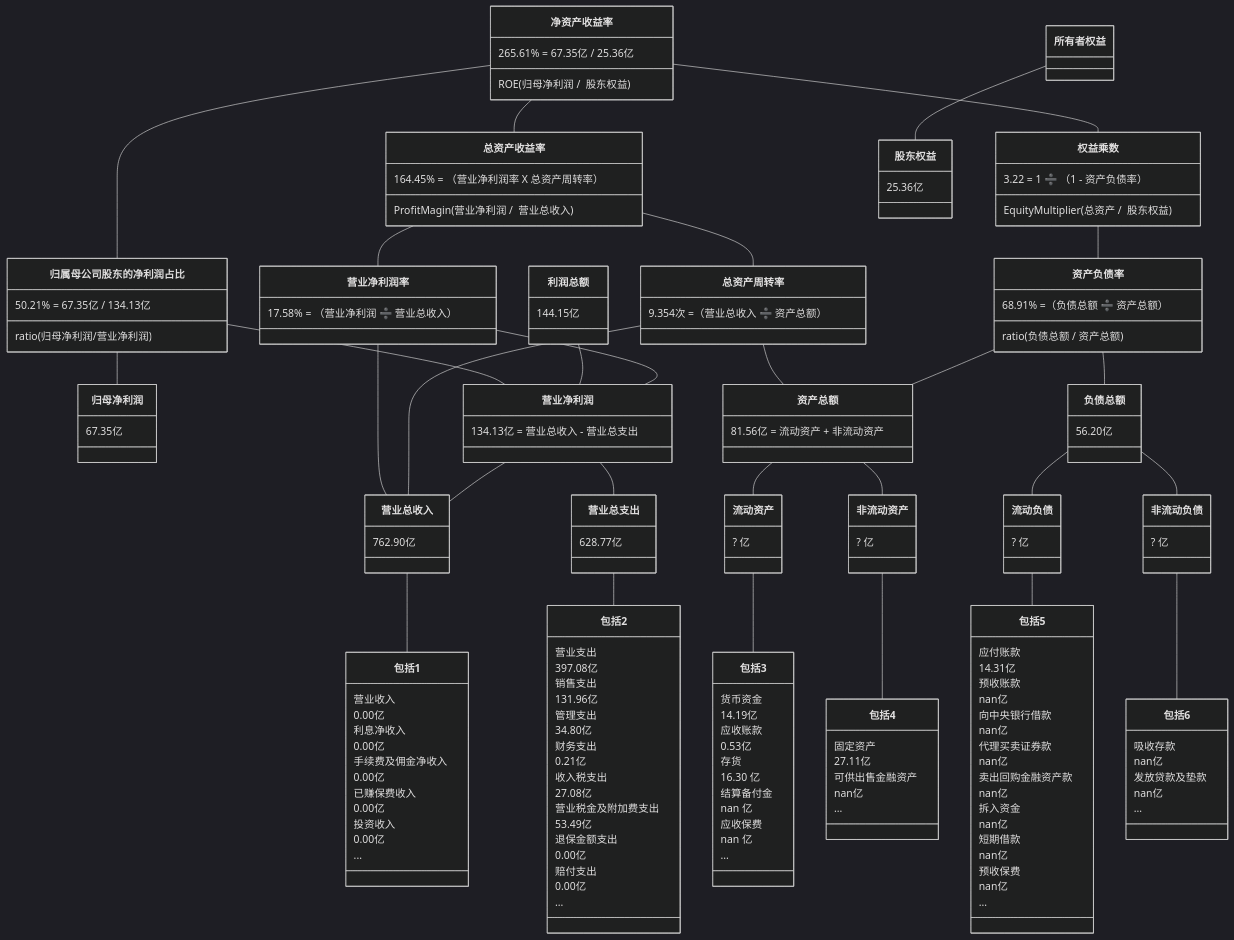
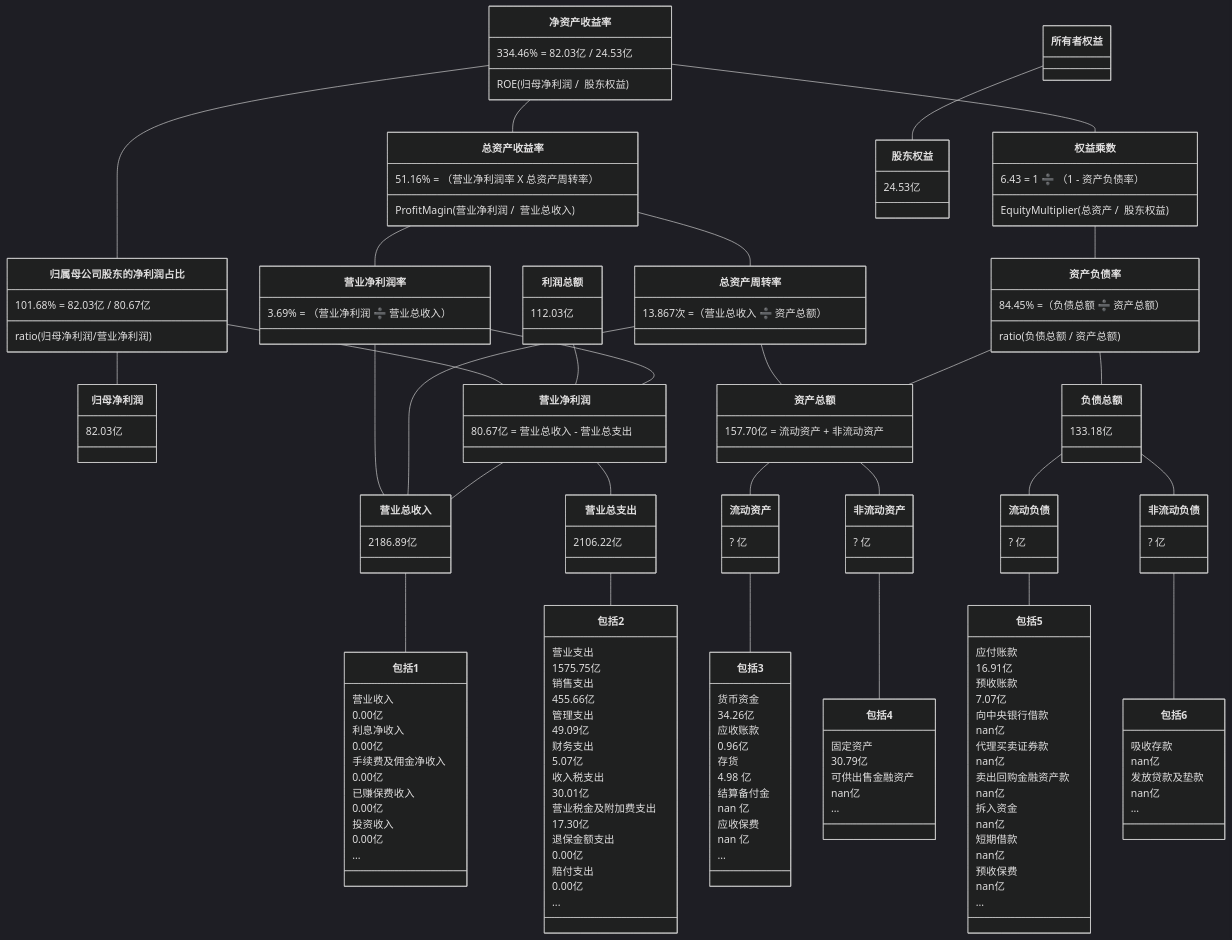
One commit to TheVeryDarkness/cs410 changed the seventh of 10 diagrams in 2/2.md. Above: the diagram before and after it, drawn with Mermaid (dark theme). The commit also changed other lines of this file and 53 other files, not shown here.

````diff
--- a/2/2.md
+++ b/2/2.md
@@ -981,45 +1065,45 @@
 ```mermaid
 classDiagram
 净资产收益率 -- 总资产收益率
-    净资产收益率 : 265.61% = 67.35亿 / 25.36亿
+    净资产收益率 : 334.46% = 82.03亿 / 24.53亿
     净资产收益率 : ROE(归母净利润 /  股东权益)
-    总资产收益率 : 164.45% = （营业净利润率 X 总资产周转率）
+    总资产收益率 : 51.16% = （营业净利润率 X 总资产周转率）
     总资产收益率 : ProfitMagin(营业净利润 /  营业总收入)
 净资产收益率 -- 归属母公司股东的净利润占比
-	  归属母公司股东的净利润占比 : 50.21% = 67.35亿 / 134.13亿
+	  归属母公司股东的净利润占比 : 101.68% = 82.03亿 / 80.67亿
 	  归属母公司股东的净利润占比 : ratio(归母净利润/营业净利润)
 归属母公司股东的净利润占比 -- 归母净利润
-    归母净利润 : 67.35亿
+    归母净利润 : 82.03亿
 归属母公司股东的净利润占比 -- 营业净利润
-利润总额 : 144.15亿
+利润总额 : 112.03亿
 利润总额 -- 营业净利润
 净资产收益率 -- 权益乘数
-    权益乘数 : 3.22 = 1 ➗ （1 - 资产负债率）
+    权益乘数 : 6.43 = 1 ➗ （1 - 资产负债率）
     权益乘数 : EquityMultiplier(总资产 /  股东权益)
 
 总资产收益率 -- 营业净利润率
-    营业净利润率 : 17.58% = （营业净利润 ➗ 营业总收入）
+    营业净利润率 : 3.69% = （营业净利润 ➗ 营业总收入）
 总资产收益率 -- 总资产周转率
-    总资产周转率 : 9.354次 =（营业总收入 ➗ 资产总额）
+    总资产周转率 : 13.867次 =（营业总收入 ➗ 资产总额）
 权益乘数 -- 资产负债率
-    资产负债率  : 68.91% =（负债总额 ➗ 资产总额）
+    资产负债率  : 84.45% =（负债总额 ➗ 资产总额）
     资产负债率  : ratio(负债总额 / 资产总额)
 
 营业净利润率 -- 营业净利润
-    营业净利润 : 134.13亿 = 营业总收入 - 营业总支出
+    营业净利润 : 80.67亿 = 营业总收入 - 营业总支出
 营业净利润率 -- 营业总收入
 总资产周转率 -- 营业总收入
 总资产周转率 -- 资产总额
-    资产总额 : 81.56亿 = 流动资产 + 非流动资产
+    资产总额 : 157.70亿 = 流动资产 + 非流动资产
 资产负债率 -- 负债总额
-    负债总额 : 56.20亿
+    负债总额 : 133.18亿
 资产负债率 -- 资产总额
 
 
 营业净利润 -- 营业总收入
-    营业总收入 : 762.90亿
+    营业总收入 : 2186.89亿
 营业净利润 -- 营业总支出
-    营业总支出 : 628.77亿
+    营业总支出 : 2106.22亿
 资产总额 -- 流动资产
 	  流动资产 : ? 亿
 资产总额 -- 非流动资产
@@ -1043,17 +1127,17 @@
     包括1 : ...
 营业总支出 -- 包括2
     包括2 : 营业支出
-    包括2 : 397.08亿
+    包括2 : 1575.75亿
     包括2 : 销售支出
-    包括2 : 131.96亿
+    包括2 : 455.66亿
     包括2 : 管理支出
-    包括2 : 34.80亿
+    包括2 : 49.09亿
     包括2 : 财务支出
-    包括2 : 0.21亿
+    包括2 : 5.07亿
     包括2 : 收入税支出
-    包括2 : 27.08亿
+    包括2 : 30.01亿
     包括2 : 营业税金及附加费支出
-    包括2 : 53.49亿
+    包括2 : 17.30亿
     包括2 : 退保金额支出
     包括2 : 0.00亿
     包括2 : 赔付支出
@@ -1061,11 +1145,11 @@
     包括2 : ...
 流动资产 -- 包括3
     包括3 : 货币资金
-    包括3 : 14.19亿
+    包括3 : 34.26亿
     包括3 : 应收账款
-    包括3 : 0.53亿
+    包括3 : 0.96亿
     包括3 : 存货
-    包括3 : 16.30 亿
+    包括3 : 4.98 亿
     包括3 : 结算备付金
     包括3 : nan 亿
     包括3 : 应收保费
@@ -1073,15 +1157,15 @@
     包括3 : ...
 非流动资产 -- 包括4
     包括4 : 固定资产
-    包括4 : 27.11亿
+    包括4 : 30.79亿
     包括4 : 可供出售金融资产
     包括4 : nan亿
     包括4 : ...
 流动负债 -- 包括5
     包括5 : 应付账款
-    包括5 : 14.31亿
+    包括5 : 16.91亿
     包括5 : 预收账款
-    包括5 : nan亿
+    包括5 : 7.07亿
     包括5 : 向中央银行借款
     包括5 : nan亿
     包括5 : 代理买卖证券款
@@ -1102,5 +1186,5 @@
     包括6 : nan亿
     包括6 : ...
 所有者权益 -- 股东权益
-    股东权益 : 25.36亿
+    股东权益 : 24.53亿
 ```
````
